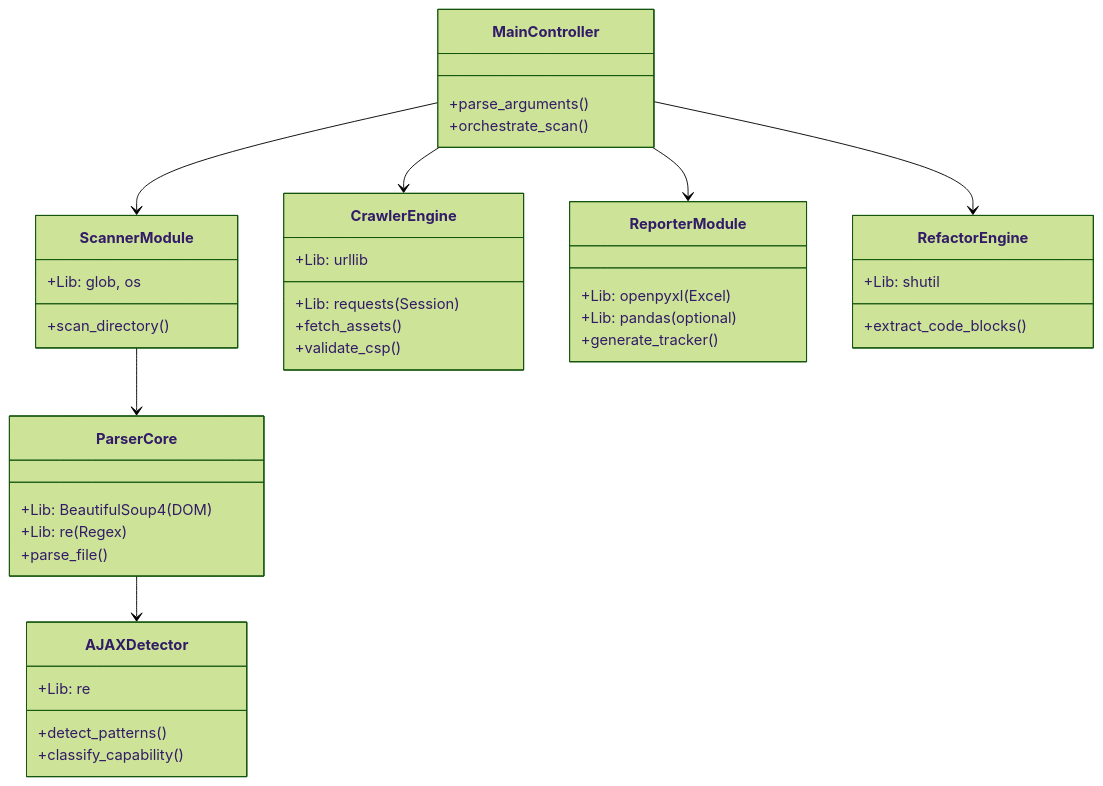
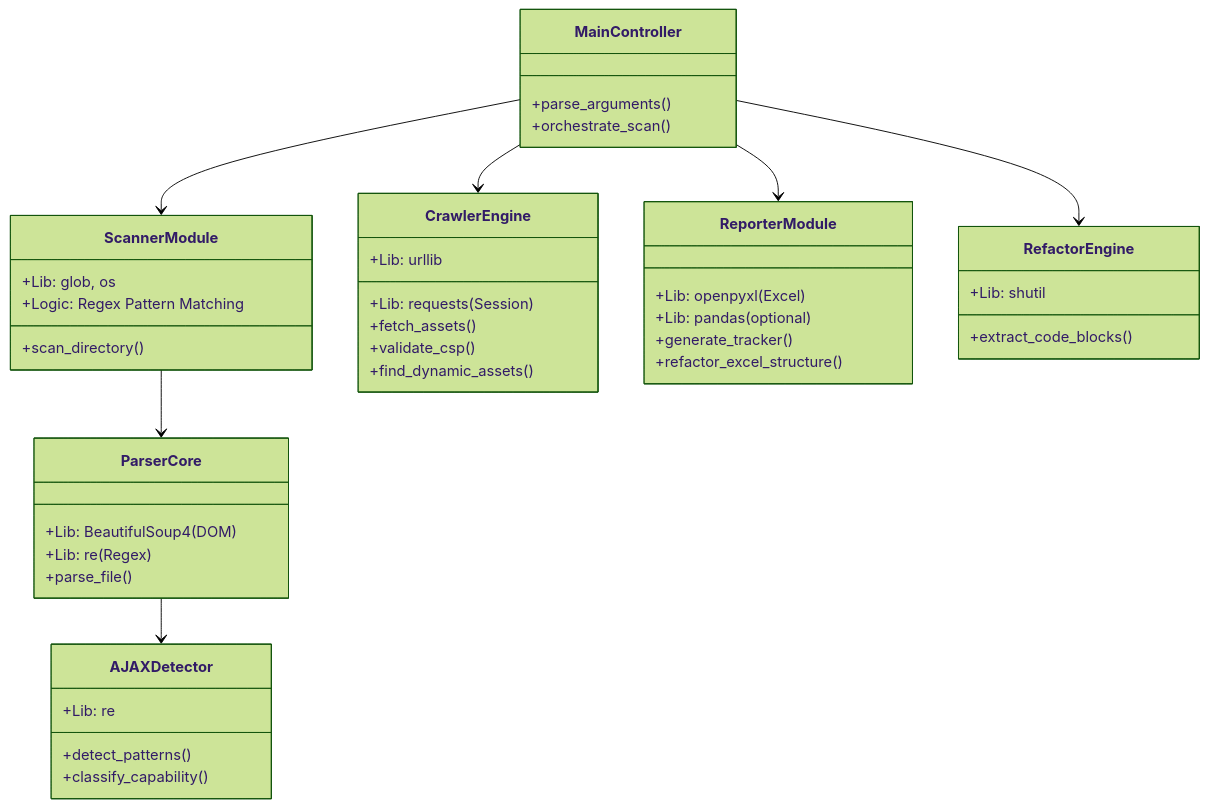
Before and after one commit to sagar779/RepoScan: the second of 2 diagrams in docs/MASTER_IMPLEMENTATION_PLAN.md, drawn with Mermaid (forest theme). The commit also changed other lines of this file and 7 other files, not shown here.

````diff
--- a/docs/MASTER_IMPLEMENTATION_PLAN.md
+++ b/docs/MASTER_IMPLEMENTATION_PLAN.md
@@ -53,49 +66,52 @@
 ```mermaid
 classDiagram
     class MainController {
         +parse_arguments()
         +orchestrate_scan()
     }
     
     class ScannerModule {
         +Lib: glob, os
         +scan_directory()
+        +Logic: Regex Pattern Matching
     }
     
     class ParserCore {
         +Lib: BeautifulSoup4 (DOM)
         +Lib: re (Regex)
         +parse_file()
     }
     
     class AJAXDetector {
         +Lib: re
         +detect_patterns()
         +classify_capability()
     }
     
     class CrawlerEngine {
         +Lib: requests (Session)
         +Lib: urllib
         +fetch_assets()
         +validate_csp()
+        +find_dynamic_assets()
     }
     
     class ReporterModule {
         +Lib: openpyxl (Excel)
         +Lib: pandas (optional)
         +generate_tracker()
+        +refactor_excel_structure()
     }
 
     class RefactorEngine {
         +Lib: shutil
         +extract_code_blocks()
     }
 
     MainController --> ScannerModule
     ScannerModule --> ParserCore
     ParserCore --> AJAXDetector
     MainController --> CrawlerEngine
     MainController --> ReporterModule
     MainController --> RefactorEngine
 ```
````
